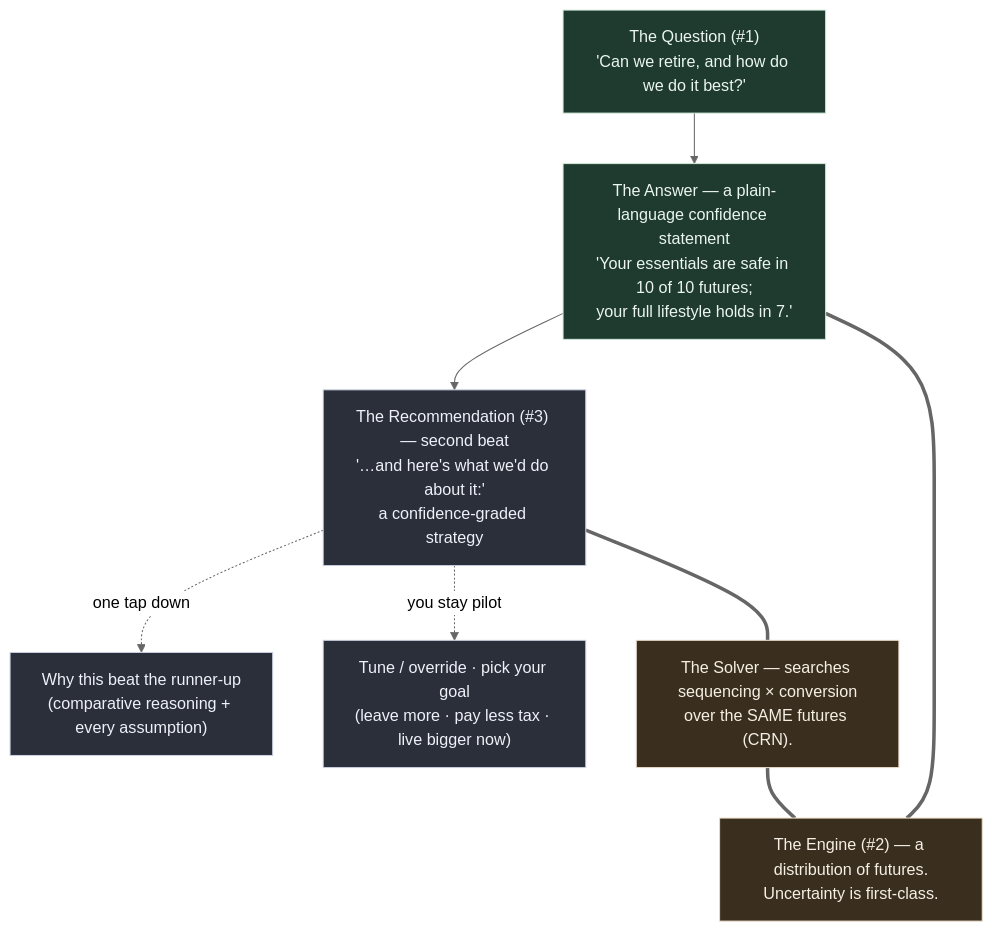
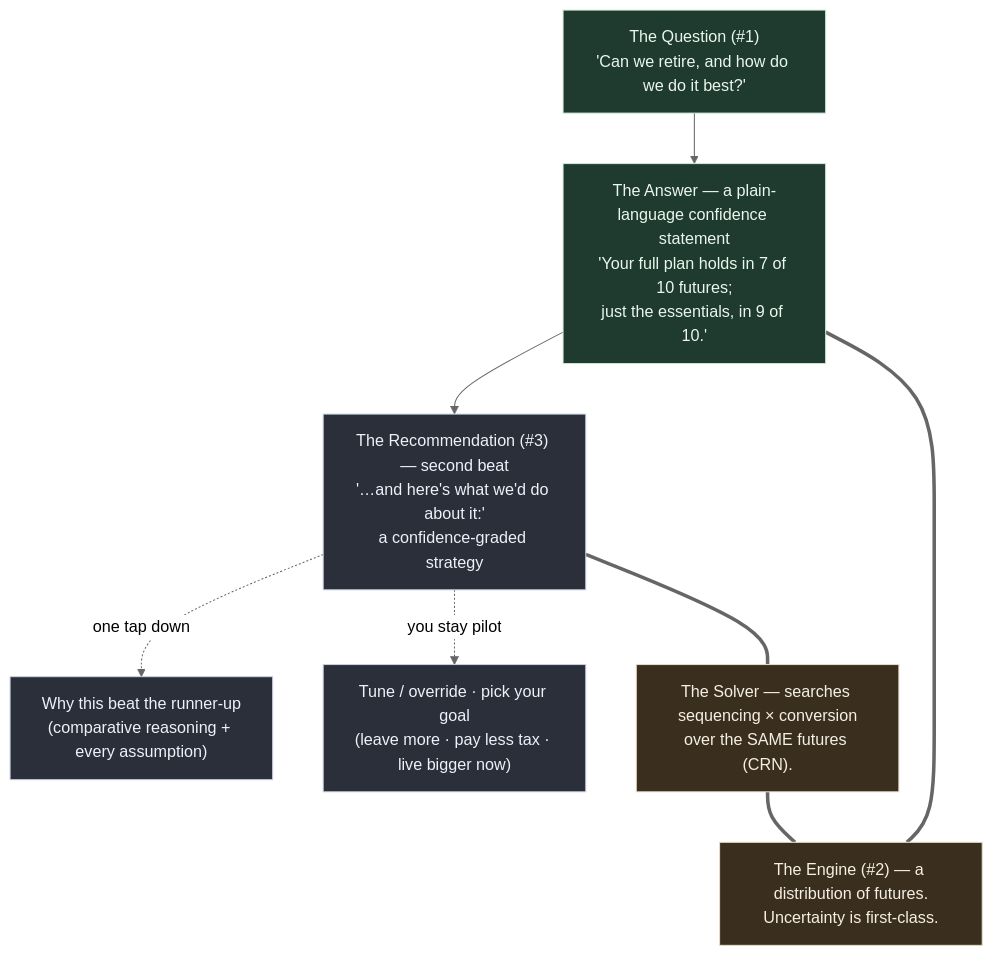
Before and after one commit to mbriggsy/ai-learning-journey: the diagram in projects/the-back-nine/docs/product.md, drawn with Mermaid (neutral theme). The commit also changed other lines of this file and 1 other file, not shown here.

````diff
--- a/projects/the-back-nine/docs/product.md
+++ b/projects/the-back-nine/docs/product.md
@@ -35,20 +35,20 @@
 ```mermaid
 flowchart TD
-    Q["The Question (#1)<br/>'Can we retire, and how do we do it best?'"] --> A["The Answer — a plain-language confidence statement<br/>'Your essentials are safe in 10 of 10 futures;<br/>your full lifestyle holds in 7.'"]
+    Q["The Question (#1)<br/>'Can we retire, and how do we do it best?'"] --> A["The Answer — a plain-language confidence statement<br/>'Your full plan holds in 7 of 10 futures;<br/>just the essentials, in 9 of 10.'"]
 
     A --> R["The Recommendation (#3) — second beat<br/>'…and here's what we'd do about it:'<br/>a confidence-graded strategy"]
 
     R -. "one tap down" .-> D1["Why this beat the runner-up<br/>(comparative reasoning + every assumption)"]
     R -. "you stay pilot" .-> D2["Tune / override · pick your goal<br/>(leave more · pay less tax · live bigger now)"]
 
     A === E["The Engine (#2) — a distribution of futures.<br/>Uncertainty is first-class."]
     R === S["The Solver — searches sequencing × conversion<br/>over the SAME futures (CRN)."]
     S === E
 
     classDef surface fill:#1f3a2e,stroke:#cfe9d8,color:#eaf6ee,stroke-width:1px;
     classDef demand fill:#2a2f3a,stroke:#c9d2e3,color:#eef1f7,stroke-width:1px;
     classDef engine fill:#3a2f1f,stroke:#e9dcc7,color:#f6efe4,stroke-width:1px;
     class Q,A surface;
     class R,D1,D2 demand;
     class E,S engine;
 ```
````
